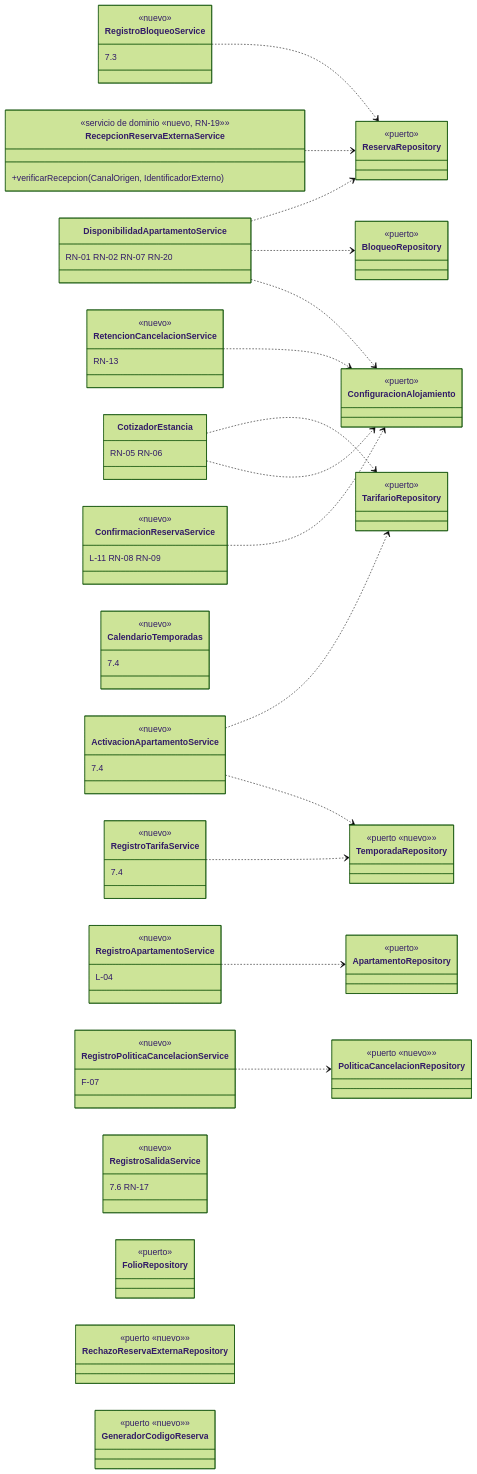
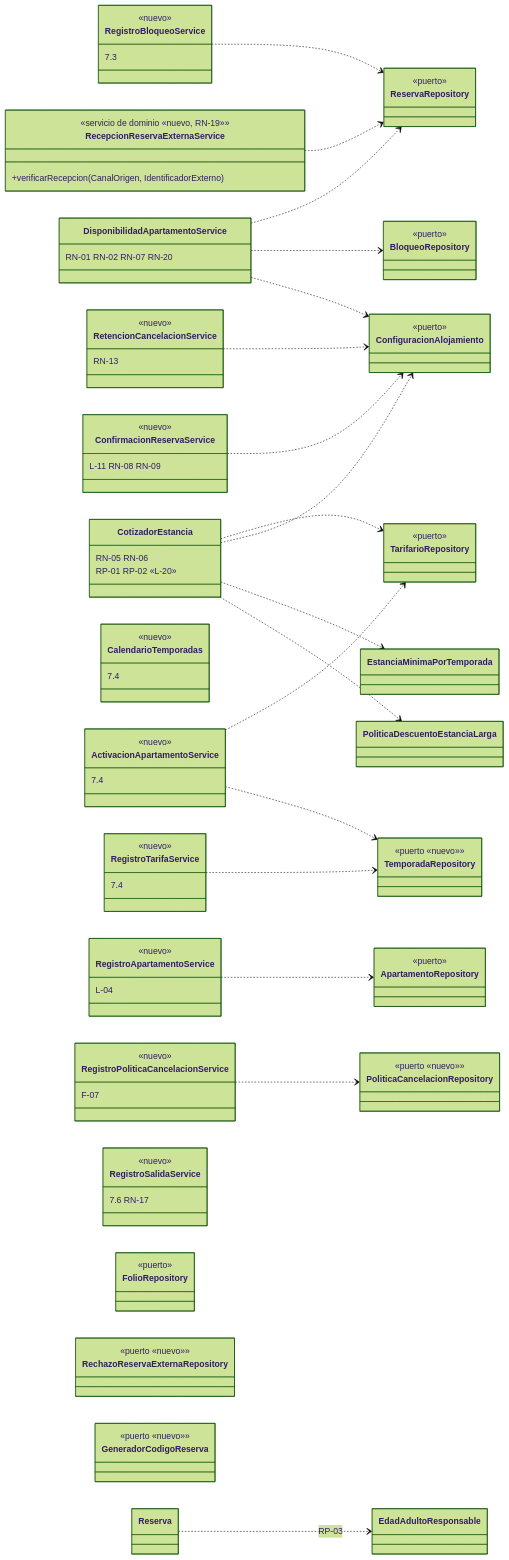
The second of 2 diagrams in docs/diagrama-clases-dominio.md (estiven322M/sga-hospeda), drawn with Mermaid (forest theme) before and after one commit. The commit also changed other lines of this file and 62 other files, not shown here.

First line of the commit message:
feat(L-20): reglas propias de estancia mínima por temporada, descuento por estancia larga y adulto responsable

````diff
--- a/docs/diagrama-clases-dominio.md
+++ b/docs/diagrama-clases-dominio.md
@@ -262,78 +292,82 @@
 ```mermaid
 classDiagram
     direction LR
 
     class DisponibilidadApartamentoService {
         RN-01 RN-02 RN-07 RN-20
     }
     class CotizadorEstancia {
         RN-05 RN-06
+        RP-01 RP-02 «L-20»
     }
     class RetencionCancelacionService {
         <<nuevo>>
         RN-13
     }
     class ConfirmacionReservaService {
         <<nuevo>>
         L-11 RN-08 RN-09
     }
     class RecepcionReservaExternaService {
         <<servicio de dominio «nuevo, RN-19»>>
         +verificarRecepcion(CanalOrigen, IdentificadorExterno)
     }
 
     class RegistroBloqueoService {
         <<nuevo>>
         7.3
     }
     class CalendarioTemporadas {
         <<nuevo>>
         7.4
     }
     class ActivacionApartamentoService {
         <<nuevo>>
         7.4
     }
     class RegistroApartamentoService {
         <<nuevo>>
         L-04
     }
     class RegistroPoliticaCancelacionService {
         <<nuevo>>
         F-07
     }
     class RegistroTarifaService {
         <<nuevo>>
         7.4
     }
     class RegistroSalidaService {
         <<nuevo>>
         7.6 RN-17
     }
 
     class ReservaRepository { <<puerto>> }
     class ApartamentoRepository { <<puerto>> }
     class FolioRepository { <<puerto>> }
     class BloqueoRepository { <<puerto>> }
     class RechazoReservaExternaRepository { <<puerto «nuevo»>> }
     class TarifarioRepository { <<puerto>> }
     class TemporadaRepository { <<puerto «nuevo»>> }
     class PoliticaCancelacionRepository { <<puerto «nuevo»>> }
     class GeneradorCodigoReserva { <<puerto «nuevo»>> }
     class ConfiguracionAlojamiento { <<puerto>> }
 
     DisponibilidadApartamentoService ..> ReservaRepository
     DisponibilidadApartamentoService ..> BloqueoRepository
     DisponibilidadApartamentoService ..> ConfiguracionAlojamiento
     CotizadorEstancia ..> TarifarioRepository
     CotizadorEstancia ..> ConfiguracionAlojamiento
+    CotizadorEstancia ..> EstanciaMinimaPorTemporada
+    CotizadorEstancia ..> PoliticaDescuentoEstanciaLarga
+    Reserva ..> EdadAdultoResponsable : RP-03
     RetencionCancelacionService ..> ConfiguracionAlojamiento
     ConfirmacionReservaService ..> ConfiguracionAlojamiento
     RegistroBloqueoService ..> ReservaRepository
     RecepcionReservaExternaService ..> ReservaRepository
     ActivacionApartamentoService ..> TarifarioRepository
     ActivacionApartamentoService ..> TemporadaRepository
     RegistroApartamentoService ..> ApartamentoRepository
     RegistroPoliticaCancelacionService ..> PoliticaCancelacionRepository
     RegistroTarifaService ..> TemporadaRepository
 ```
````
